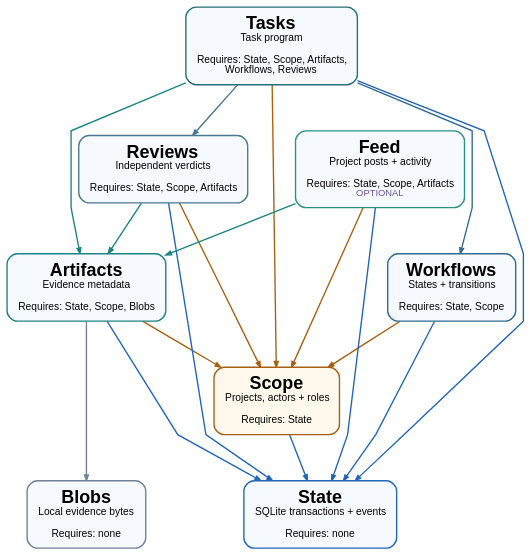
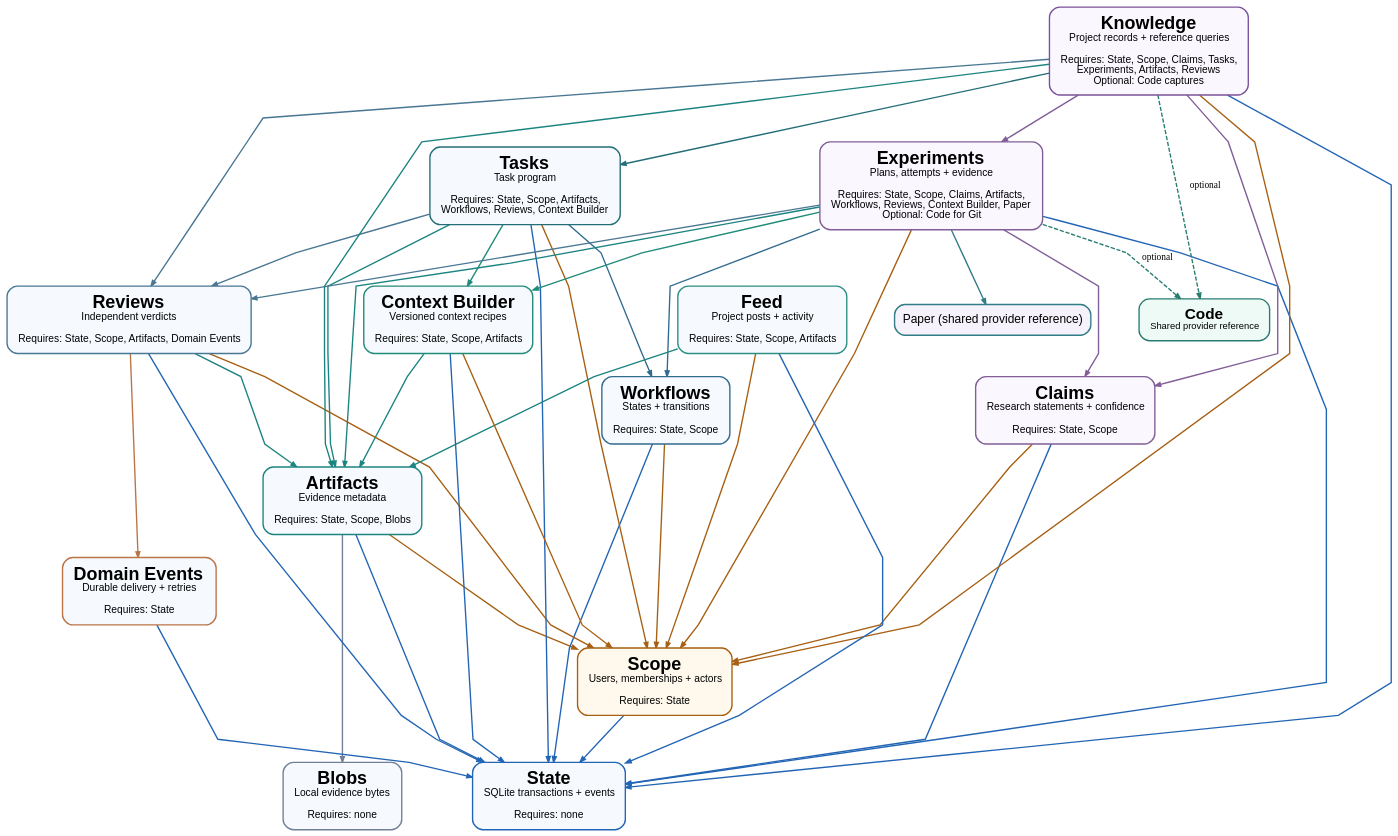
The diagram in merv-typescript/docs/architecture/domain-dependencies.dot (rapidreview-io/Merv), drawn with Graphviz before and after one commit. The commit also changed 599 other files, not shown here.

```diff
--- a/merv-typescript/docs/architecture/domain-dependencies.dot
+++ b/merv-typescript/docs/architecture/domain-dependencies.dot
@@ -1,27 +1,59 @@
 digraph G { graph [rankdir=TB, bgcolor="transparent", fontname="Arial", pad="0.18", nodesep="0.25", ranksep="0.75", splines=polyline, outputorder=edgesfirst]; node [shape=box,style="rounded,filled",fontname="Arial",margin="0.18,0.14",penwidth=1.6]; edge [penwidth=1.6, arrowsize=0.65];
 state [id="node-state", color="#2365B5",fillcolor="#F6FAFF",label=<<FONT POINT-SIZE="21"><B>State</B></FONT><BR/><FONT POINT-SIZE="12">SQLite transactions + events</FONT><BR/><BR/><FONT POINT-SIZE="12">Requires: none</FONT>>];
 blobs [id="node-blobs", color="#718096",fillcolor="#F6FAFF",label=<<FONT POINT-SIZE="21"><B>Blobs</B></FONT><BR/><FONT POINT-SIZE="12">Local evidence bytes</FONT><BR/><BR/><FONT POINT-SIZE="12">Requires: none</FONT>>];
-scope [id="node-scope", color="#A76013",fillcolor="#FFF9ED",label=<<FONT POINT-SIZE="21"><B>Scope</B></FONT><BR/><FONT POINT-SIZE="12">Projects, actors + roles</FONT><BR/><BR/><FONT POINT-SIZE="12">Requires: State</FONT>>];
+scope [id="node-scope", color="#A76013",fillcolor="#FFF9ED",label=<<FONT POINT-SIZE="21"><B>Scope</B></FONT><BR/><FONT POINT-SIZE="12">Users, memberships + actors</FONT><BR/><BR/><FONT POINT-SIZE="12">Requires: State</FONT>>];
+claims [id="node-claims", color="#815E97",fillcolor="#FBF7FF",label=<<FONT POINT-SIZE="21"><B>Claims</B></FONT><BR/><FONT POINT-SIZE="12">Research statements + confidence</FONT><BR/><BR/><FONT POINT-SIZE="12">Requires: State, Scope</FONT>>];
 artifacts [id="node-artifacts", color="#1C8480",fillcolor="#F6FAFF",label=<<FONT POINT-SIZE="21"><B>Artifacts</B></FONT><BR/><FONT POINT-SIZE="12">Evidence metadata</FONT><BR/><BR/><FONT POINT-SIZE="12">Requires: State, Scope, Blobs</FONT>>];
 workflows [id="node-workflows", color="#326B90",fillcolor="#F6FAFF",label=<<FONT POINT-SIZE="21"><B>Workflows</B></FONT><BR/><FONT POINT-SIZE="12">States + transitions</FONT><BR/><BR/><FONT POINT-SIZE="12">Requires: State, Scope</FONT>>];
-reviews [id="node-reviews", color="#4A7793",fillcolor="#F6FAFF",label=<<FONT POINT-SIZE="21"><B>Reviews</B></FONT><BR/><FONT POINT-SIZE="12">Independent verdicts</FONT><BR/><BR/><FONT POINT-SIZE="12">Requires: State, Scope, Artifacts</FONT>>];
-tasks [id="node-tasks", color="#246E78",fillcolor="#F6FAFF",label=<<FONT POINT-SIZE="21"><B>Tasks</B></FONT><BR/><FONT POINT-SIZE="12">Task program</FONT><BR/><BR/><FONT POINT-SIZE="12">Requires: State, Scope, Artifacts,<BR/>Workflows, Reviews</FONT>>];
-feed [id="node-feed", color="#2D8F84",fillcolor="#F6FAFF",label=<<FONT POINT-SIZE="21"><B>Feed</B></FONT><BR/><FONT POINT-SIZE="12">Project posts + activity</FONT><BR/><BR/><FONT POINT-SIZE="12">Requires: State, Scope, Artifacts</FONT><BR/><FONT COLOR="#65539B" POINT-SIZE="11">OPTIONAL</FONT>>];
+reviews [id="node-reviews", color="#4A7793",fillcolor="#F6FAFF",label=<<FONT POINT-SIZE="21"><B>Reviews</B></FONT><BR/><FONT POINT-SIZE="12">Independent verdicts</FONT><BR/><BR/><FONT POINT-SIZE="12">Requires: State, Scope, Artifacts, Domain Events</FONT>>];
+tasks [id="node-tasks", color="#246E78",fillcolor="#F6FAFF",label=<<FONT POINT-SIZE="21"><B>Tasks</B></FONT><BR/><FONT POINT-SIZE="12">Task program</FONT><BR/><BR/><FONT POINT-SIZE="12">Requires: State, Scope, Artifacts,<BR/>Workflows, Reviews, Context Builder</FONT>>];
+experiments [id="node-experiments", color="#815E97",fillcolor="#FBF7FF",label=<<FONT POINT-SIZE="21"><B>Experiments</B></FONT><BR/><FONT POINT-SIZE="12">Plans, attempts + evidence</FONT><BR/><BR/><FONT POINT-SIZE="12">Requires: State, Scope, Claims, Artifacts,<BR/>Workflows, Reviews, Context Builder, Paper<BR/>Optional: Code for Git</FONT>>];
+knowledge [id="node-knowledge", color="#7B529B",fillcolor="#FBF7FF",label=<<FONT POINT-SIZE="21"><B>Knowledge</B></FONT><BR/><FONT POINT-SIZE="12">Project records + reference queries</FONT><BR/><BR/><FONT POINT-SIZE="12">Requires: State, Scope, Claims, Tasks,<BR/>Experiments, Artifacts, Reviews<BR/>Optional: Code captures</FONT>>];
+code [id="node-code",color="#287D71",fillcolor="#EDFAF6",label=<<FONT POINT-SIZE="18"><B>Code</B></FONT><BR/><FONT POINT-SIZE="11">Shared provider reference</FONT>>];
+feed [id="node-feed", color="#2D8F84",fillcolor="#F6FAFF",label=<<FONT POINT-SIZE="21"><B>Feed</B></FONT><BR/><FONT POINT-SIZE="12">Project posts + activity</FONT><BR/><BR/><FONT POINT-SIZE="12">Requires: State, Scope, Artifacts</FONT>>];
+domainEvents [id="node-domainEvents", color="#BB7347",fillcolor="#F6FAFF",label=<<FONT POINT-SIZE="21"><B>Domain Events</B></FONT><BR/><FONT POINT-SIZE="12">Durable delivery + retries</FONT><BR/><BR/><FONT POINT-SIZE="12">Requires: State</FONT>>];
+contextBuilder [id="node-contextBuilder", color="#208B78",fillcolor="#F6FAFF",label=<<FONT POINT-SIZE="21"><B>Context Builder</B></FONT><BR/><FONT POINT-SIZE="12">Versioned context recipes</FONT><BR/><BR/><FONT POINT-SIZE="12">Requires: State, Scope, Artifacts</FONT>>];
 scope -> state [id="edge-scope-state",color="#2365B5"];
+claims -> state [id="edge-claims-state",color="#2365B5"];
+claims -> scope [id="edge-claims-scope",color="#A76013"];
 artifacts -> state [id="edge-artifacts-state",color="#2365B5"];
 artifacts -> scope [id="edge-artifacts-scope",color="#A76013"];
 artifacts -> blobs [id="edge-artifacts-blobs",color="#718096"];
 workflows -> state [id="edge-workflows-state",color="#2365B5"];
 workflows -> scope [id="edge-workflows-scope",color="#A76013"];
 reviews -> state [id="edge-reviews-state",color="#2365B5"];
 reviews -> scope [id="edge-reviews-scope",color="#A76013"];
 reviews -> artifacts [id="edge-reviews-artifacts",color="#1C8480"];
+reviews -> domainEvents [id="edge-reviews-domainEvents",color="#BB7347"];
 tasks -> state [id="edge-tasks-state",color="#2365B5"];
 tasks -> scope [id="edge-tasks-scope",color="#A76013"];
 tasks -> artifacts [id="edge-tasks-artifacts",color="#1C8480"];
 tasks -> workflows [id="edge-tasks-workflows",color="#326B90"];
 tasks -> reviews [id="edge-tasks-reviews",color="#4A7793"];
+tasks -> contextBuilder [id="edge-tasks-contextBuilder",color="#208B78"];
+experiments -> state [id="edge-experiments-state",color="#2365B5"];
+experiments -> scope [id="edge-experiments-scope",color="#A76013"];
+experiments -> claims [id="edge-experiments-claims",color="#815E97"];
+experiments -> artifacts [id="edge-experiments-artifacts",color="#1C8480"];
+experiments -> workflows [id="edge-experiments-workflows",color="#326B90"];
+experiments -> reviews [id="edge-experiments-reviews",color="#4A7793"];
+experiments -> contextBuilder [id="edge-experiments-contextBuilder",color="#208B78"];
+paper [id="node-paper",color="#327C87",fillcolor="#F6F2FC",label="Paper (shared provider reference)"];
+experiments -> paper [id="edge-experiments-paper",color="#327C87"];
+experiments -> code [id="edge-experiments-code",color="#287D71",style="dashed",label="optional",fontsize=11];
+knowledge -> state [id="edge-knowledge-state",color="#2365B5"];
+knowledge -> scope [id="edge-knowledge-scope",color="#A76013"];
+knowledge -> claims [id="edge-knowledge-claims",color="#815E97"];
+knowledge -> tasks [id="edge-knowledge-tasks",color="#246E78"];
+knowledge -> experiments [id="edge-knowledge-experiments",color="#815E97"];
+knowledge -> artifacts [id="edge-knowledge-artifacts",color="#1C8480"];
+knowledge -> reviews [id="edge-knowledge-reviews",color="#4A7793"];
+knowledge -> code [id="edge-knowledge-code",color="#287D71",style="dashed",label="optional",fontsize=11];
 feed -> state [id="edge-feed-state",color="#2365B5"];
 feed -> scope [id="edge-feed-scope",color="#A76013"];
 feed -> artifacts [id="edge-feed-artifacts",color="#1C8480"];
+domainEvents -> state [id="edge-domainEvents-state",color="#2365B5"];
+contextBuilder -> state [id="edge-contextBuilder-state",color="#2365B5"];
+contextBuilder -> scope [id="edge-contextBuilder-scope",color="#A76013"];
+contextBuilder -> artifacts [id="edge-contextBuilder-artifacts",color="#1C8480"];
 {rank=same;reviews;feed;}{rank=sink;state;blobs;}}
```
